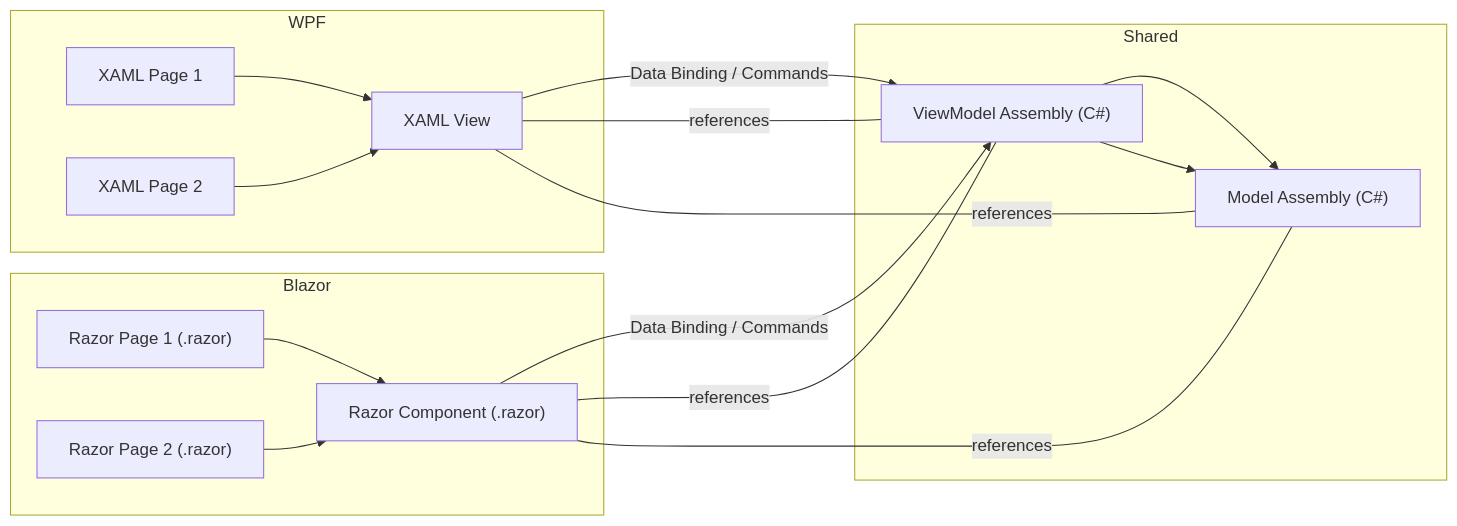
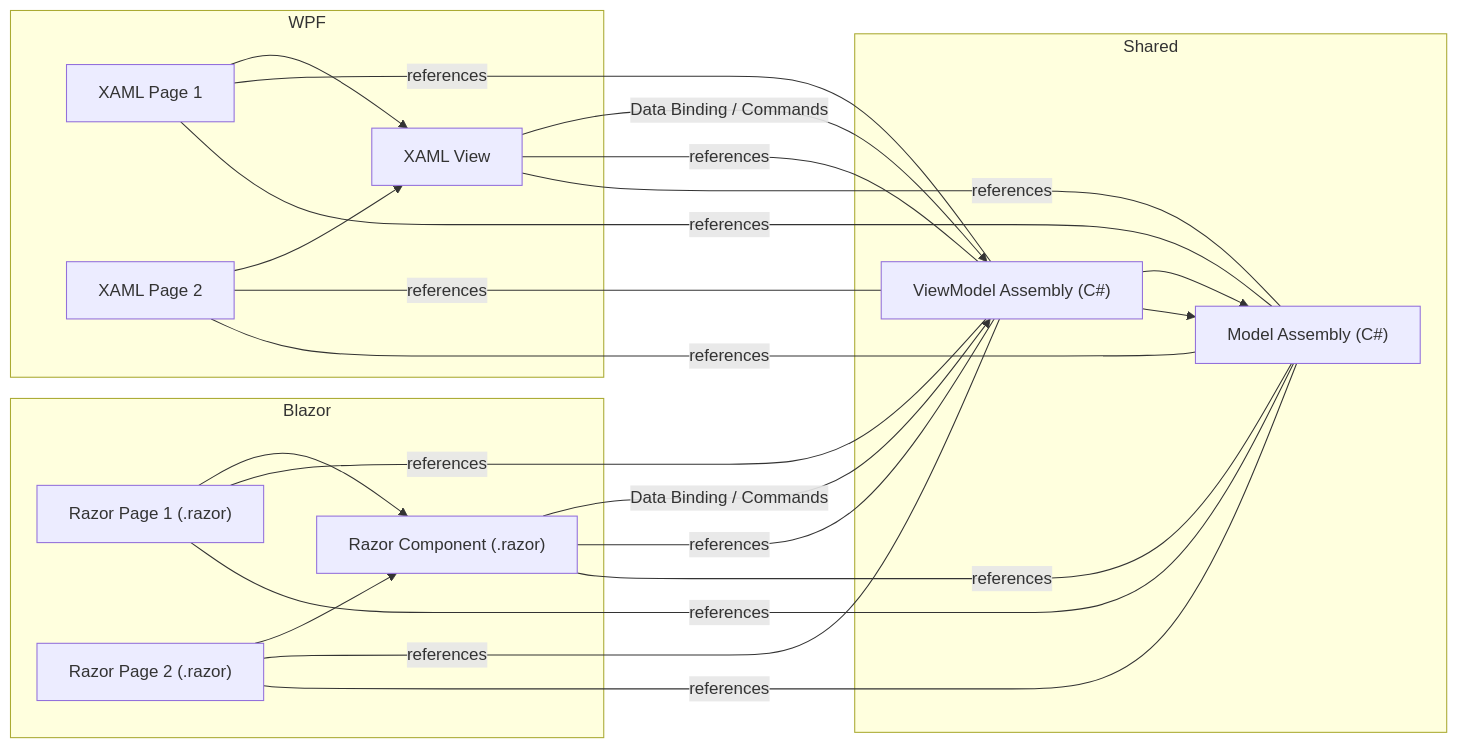
One commit to solita/solita.github.com changed the diagram in _posts/2025-11-18-mvvm.md. Above: the diagram before and after it, drawn with Mermaid.

Commit message:
Added page references

````diff
--- a/_posts/2025-11-18-mvvm.md
+++ b/_posts/2025-11-18-mvvm.md
@@ -66,32 +66,46 @@
 ```mermaid
 flowchart LR
   subgraph Shared
     Shared_VM["ViewModel Assembly (C#)"]
     Shared_Model["Model Assembly (C#)"]
   end
 
   subgraph WPF
     WPF_Page1["XAML Page 1"]
     WPF_Page2["XAML Page 2"]
     WPF_View["XAML View"]
     WPF_Page1 --> WPF_View
     WPF_Page2 --> WPF_View
+
+    %% pages reference shared viewmodels/models
+    WPF_Page1 ---|references| Shared_VM
+    WPF_Page2 ---|references| Shared_VM
+    WPF_Page1 ---|references| Shared_Model
+    WPF_Page2 ---|references| Shared_Model
+
     WPF_View -- "Data Binding / Commands" --> Shared_VM
     Shared_VM --> Shared_Model
   end
 
   subgraph Blazor
     Blazor_Page1["Razor Page 1 (.razor)"]
     Blazor_Page2["Razor Page 2 (.razor)"]
     Blazor_View["Razor Component (.razor)"]
     Blazor_Page1 --> Blazor_View
     Blazor_Page2 --> Blazor_View
+
+    %% pages reference shared viewmodels/models
+    Blazor_Page1 ---|references| Shared_VM
+    Blazor_Page2 ---|references| Shared_VM
+    Blazor_Page1 ---|references| Shared_Model
+    Blazor_Page2 ---|references| Shared_Model
+
     Blazor_View -- "Data Binding / Commands" --> Shared_VM
     Shared_VM --> Shared_Model
   end
 
   WPF_View ---|references| Shared_VM
   WPF_View ---|references| Shared_Model
   Blazor_View ---|references| Shared_VM
   Blazor_View ---|references| Shared_Model
 ```
````
